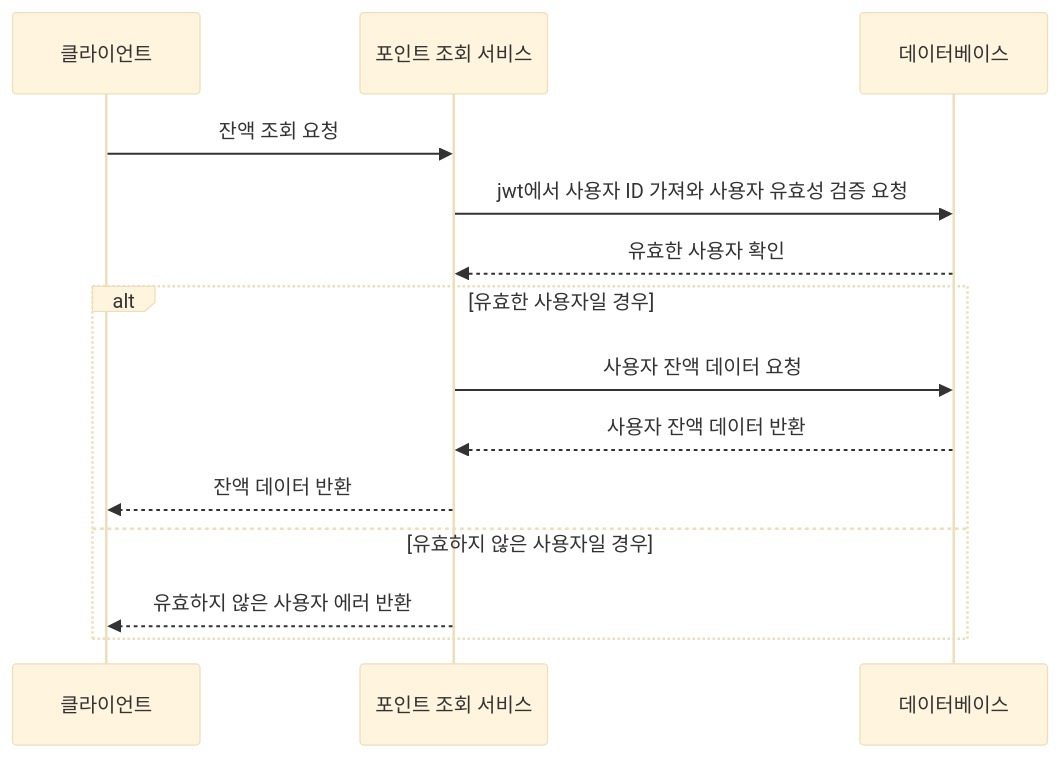
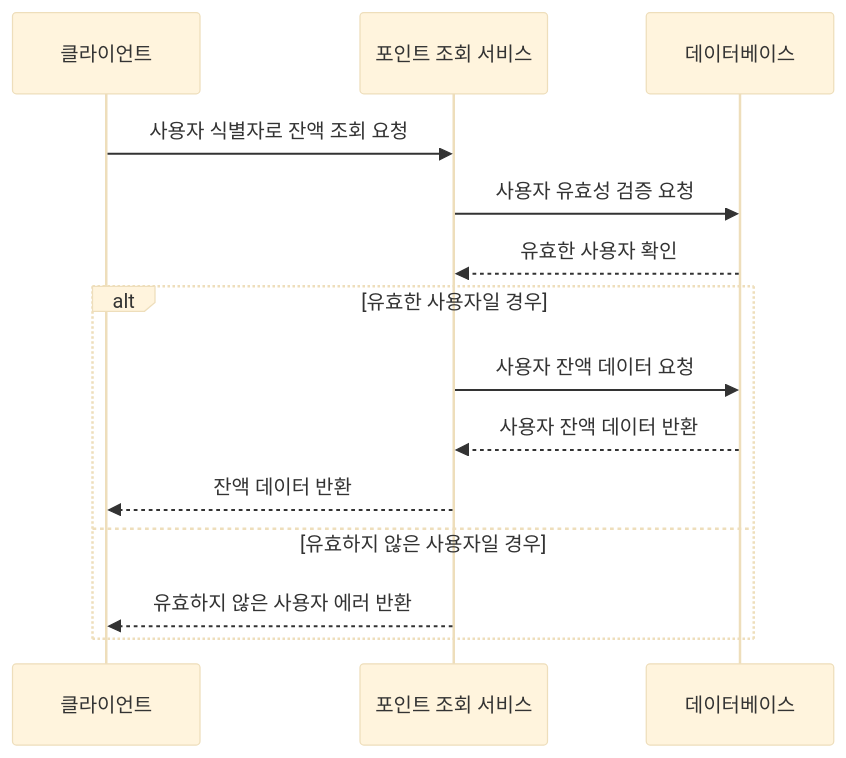
The second of 8 diagrams in readme.md (anniemon/e-commerce), drawn with Mermaid (base theme) before and after one commit. The commit also changed other lines of this file, not shown here.

Commit message:
장바구니 시퀀스 다이어그램 추가, jwt 관련 로직 제거, 상품 주문 추상화

````diff
--- a/readme.md
+++ b/readme.md
@@ -40,18 +40,18 @@
 ```mermaid
 sequenceDiagram
     participant Client as 클라이언트
     participant Service as 포인트 조회 서비스
     participant DB as 데이터베이스
 
-    Client->>Service: 잔액 조회 요청
-    Service->>DB: jwt에서 사용자 ID 가져와 사용자 유효성 검증 요청
+    Client->>Service: 사용자 식별자로 잔액 조회 요청
+    Service->>DB: 사용자 유효성 검증 요청
     DB-->>Service: 유효한 사용자 확인
 
     alt 유효한 사용자일 경우
         Service->>DB: 사용자 잔액 데이터 요청
         DB-->>Service: 사용자 잔액 데이터 반환
         Service-->>Client: 잔액 데이터 반환
     else 유효하지 않은 사용자일 경우
         Service-->>Client: 유효하지 않은 사용자 에러 반환
     end
 ```
````
